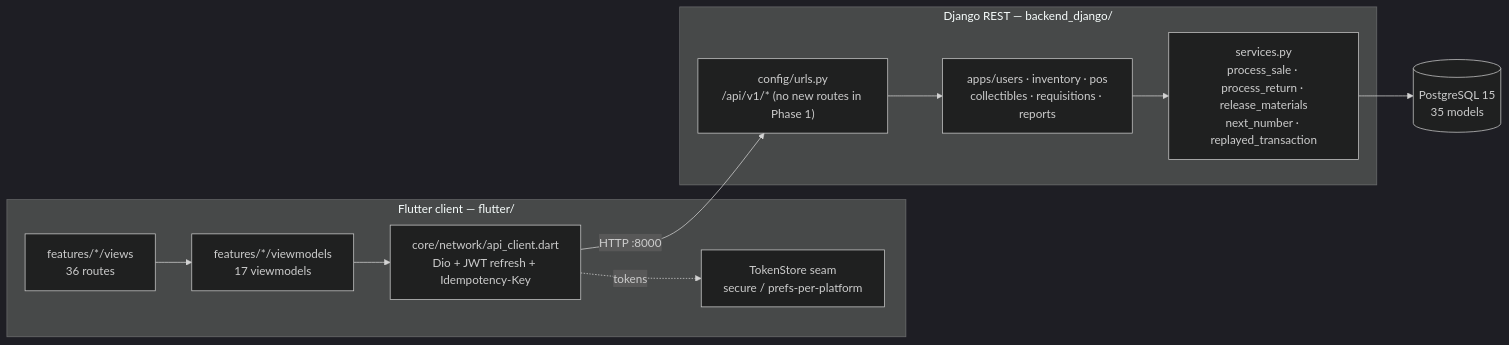
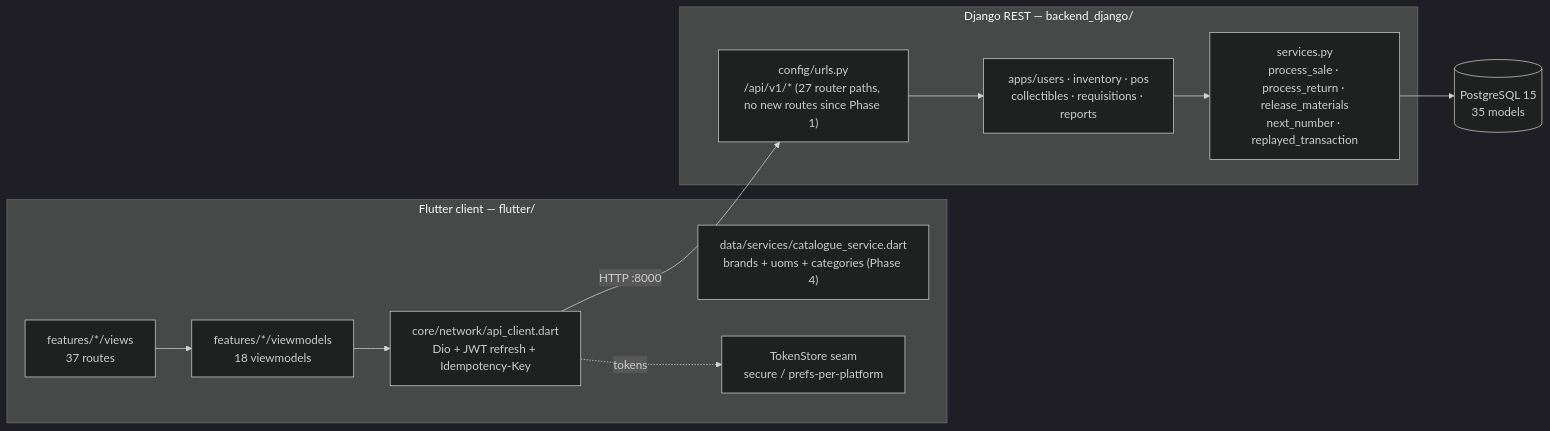
Before and after one commit to ziminni/qb_hardwarestore: the first of 2 diagrams in docs/SYSTEM_ATLAS.md, drawn with Mermaid (dark theme). The commit also changed other lines of this file and 1 other file, not shown here.

Commit message:
docs(atlas): refresh post-Phase 5 — 34 live/1 partial/0 mock/2 dead, catalogue wired, mock era fully deleted

````diff
--- a/docs/SYSTEM_ATLAS.md
+++ b/docs/SYSTEM_ATLAS.md
@@ -13,20 +13,21 @@
 ```mermaid
 flowchart LR
   subgraph Client["Flutter client — flutter/"]
-    UI["features/*/views<br/>36 routes"]
-    VM["features/*/viewmodels<br/>17 viewmodels"]
+    UI["features/*/views<br/>37 routes"]
+    VM["features/*/viewmodels<br/>18 viewmodels"]
     NET["core/network/api_client.dart<br/>Dio + JWT refresh + Idempotency-Key"]
+    CAT["data/services/catalogue_service.dart<br/>brands + uoms + categories (Phase 4)"]
     SEC["TokenStore seam<br/>secure / prefs-per-platform"]
     UI --> VM --> NET
     NET -. tokens .-> SEC
   end
   subgraph Server["Django REST — backend_django/"]
-    URLS["config/urls.py<br/>/api/v1/* (no new routes in Phase 1)"]
+    URLS["config/urls.py<br/>/api/v1/* (27 router paths, no new routes since Phase 1)"]
     APPS["apps/users · inventory · pos<br/>collectibles · requisitions · reports"]
     SVC["services.py<br/>process_sale · process_return · release_materials<br/>next_number · replayed_transaction"]
     URLS --> APPS --> SVC
   end
   DB[("PostgreSQL 15<br/>35 models")]
   NET -- "HTTP :8000" --> URLS
   SVC --> DB
 ```
````
